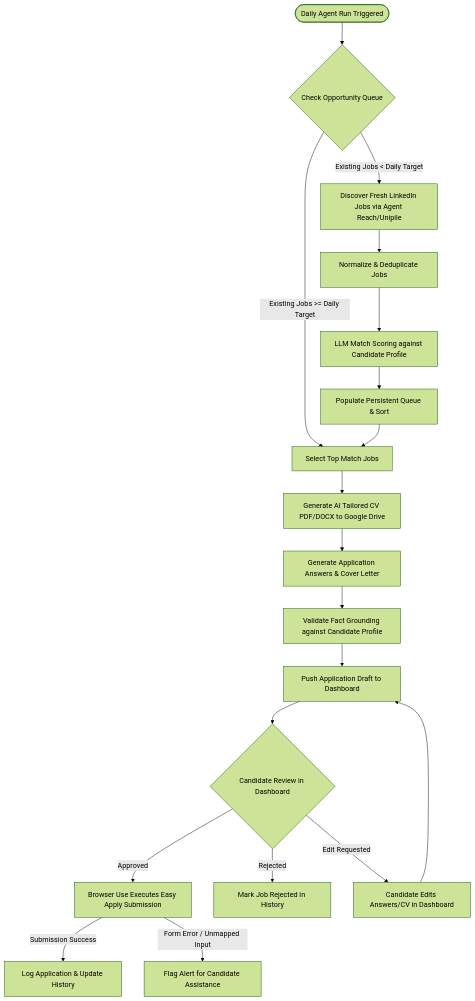
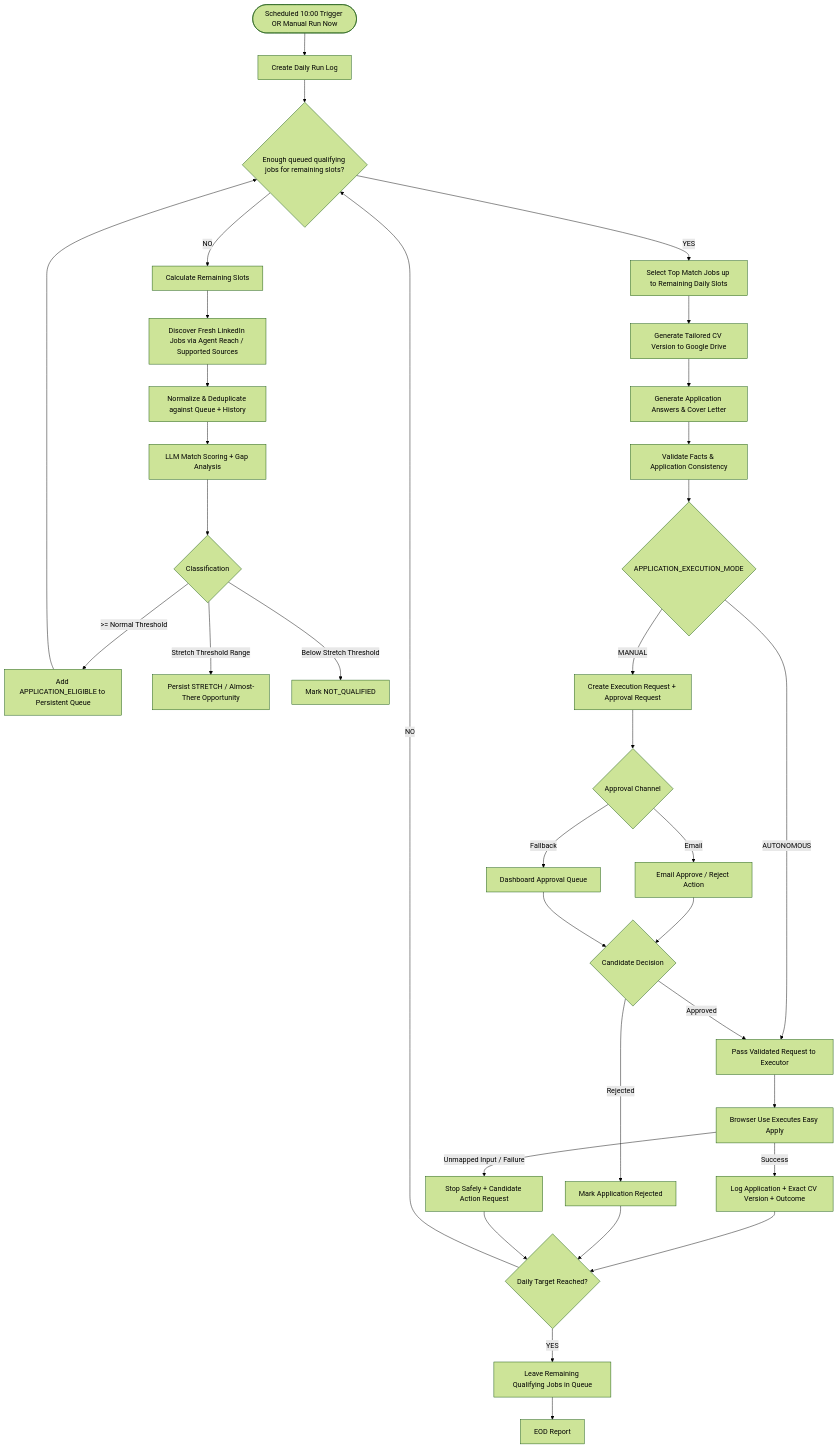
The first of 3 diagrams in docs/planning/user-flows.md (nikibytes/ai-talent-manager), drawn with Mermaid (forest theme) before and after one commit. The commit also changed other lines of this file, not shown here.

Commit message:
docs(planning): align user flows with locked daily loop and execution gates

````diff
--- a/docs/planning/user-flows.md
+++ b/docs/planning/user-flows.md
@@ -15,21 +15,37 @@
 ```mermaid
 flowchart TD
-    Start([Daily Agent Run Triggered]) --> CheckQueue{Check Opportunity Queue}
-    CheckQueue -->|Existing Jobs >= Daily Target| SelectJobs[Select Top Match Jobs]
-    CheckQueue -->|Existing Jobs < Daily Target| DiscoverJobs[Discover Fresh LinkedIn Jobs via Agent Reach/Unipile]
-    DiscoverJobs --> Normalize[Normalize & Deduplicate Jobs]
-    Normalize --> Matcher[LLM Match Scoring against Candidate Profile]
-    Matcher --> SortQueue[Populate Persistent Queue & Sort]
-    SortQueue --> SelectJobs
-    SelectJobs --> TailorCV[Generate AI Tailored CV PDF/DOCX to Google Drive]
+    Start([Scheduled 10:00 Trigger OR Manual Run Now]) --> CreateRun[Create Daily Run Log]
+    CreateRun --> CheckQueue{Enough queued qualifying jobs for remaining slots?}
+    CheckQueue -->|YES| SelectJobs[Select Top Match Jobs up to Remaining Daily Slots]
+    CheckQueue -->|NO| Remaining[Calculate Remaining Slots]
+    Remaining --> DiscoverJobs[Discover Fresh LinkedIn Jobs via Agent Reach / Supported Sources]
+    DiscoverJobs --> Normalize[Normalize & Deduplicate against Queue + History]
+    Normalize --> Matcher[LLM Match Scoring + Gap Analysis]
+    Matcher --> Classify{Classification}
+    Classify -->|>= Normal Threshold| QueueEligible[Add APPLICATION_ELIGIBLE to Persistent Queue]
+    Classify -->|Stretch Threshold Range| LogStretch[Persist STRETCH / Almost-There Opportunity]
+    Classify -->|Below Stretch Threshold| Discard[Mark NOT_QUALIFIED]
+    QueueEligible --> CheckQueue
+    SelectJobs --> TailorCV[Generate Tailored CV Version to Google Drive]
     TailorCV --> TailorAnswers[Generate Application Answers & Cover Letter]
-    TailorAnswers --> Validation[Validate Fact Grounding against Candidate Profile]
-    Validation --> QueueApproval[Push Application Draft to Dashboard]
-    QueueApproval --> HumanCheck{Candidate Review in Dashboard}
-    HumanCheck -->|Approved| SubmitBrowser[Browser Use Executes Easy Apply Submission]
-    HumanCheck -->|Rejected| MoveRejected[Mark Job Rejected in History]
-    HumanCheck -->|Edit Requested| EditDraft[Candidate Edits Answers/CV in Dashboard]
-    EditDraft --> QueueApproval
-    SubmitBrowser -->|Submission Success| LogSuccess[Log Application & Update History]
-    SubmitBrowser -->|Form Error / Unmapped Input| FallbackAlert[Flag Alert for Candidate Assistance]
+    TailorAnswers --> Validation[Validate Facts & Application Consistency]
+    Validation --> ExecGate{APPLICATION_EXECUTION_MODE}
+    ExecGate -->|MANUAL| ApprovalRequest[Create Execution Request + Approval Request]
+    ExecGate -->|AUTONOMOUS| Execute[Pass Validated Request to Executor]
+    ApprovalRequest --> ApprovalChannel{Approval Channel}
+    ApprovalChannel -->|Email| EmailApproval[Email Approve / Reject Action]
+    ApprovalChannel -->|Fallback| DashboardApproval[Dashboard Approval Queue]
+    EmailApproval --> Decision{Candidate Decision}
+    DashboardApproval --> Decision
+    Decision -->|Approved| Execute
+    Decision -->|Rejected| Reject[Mark Application Rejected]
+    Execute --> Browser[Browser Use Executes Easy Apply]
+    Browser -->|Success| LogSuccess[Log Application + Exact CV Version + Outcome]
+    Browser -->|Unmapped Input / Failure| Halt[Stop Safely + Candidate Action Request]
+    LogSuccess --> TargetCheck{Daily Target Reached?}
+    Reject --> TargetCheck
+    Halt --> TargetCheck
+    TargetCheck -->|NO| CheckQueue
+    TargetCheck -->|YES| Preserve[Leave Remaining Qualifying Jobs in Queue]
+    Preserve --> EOD[EOD Report]
 ```
````
